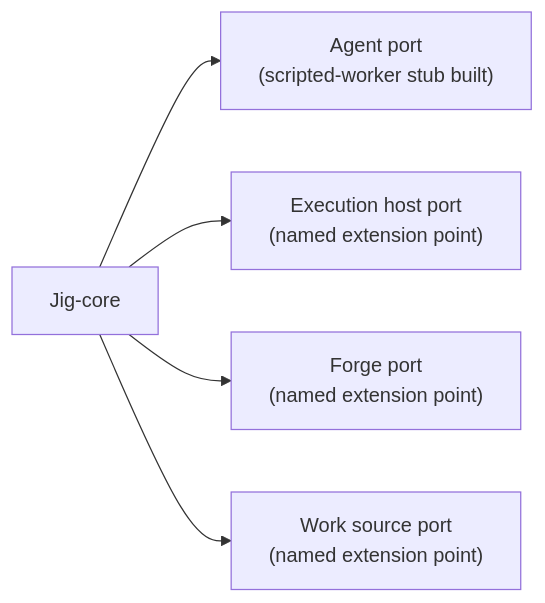
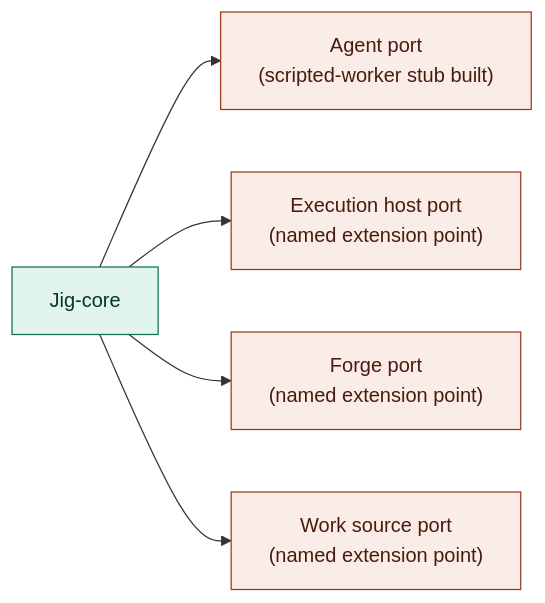
One commit to agentic-workflow-kit/jig changed the diagram in docs/design/contracts/providers.md. Above: the diagram before and after it, drawn with Mermaid. The commit also changed 8 other files, not shown here.

First line of the commit message:
docs: style design-layer diagrams by category

````diff
--- a/docs/design/contracts/providers.md
+++ b/docs/design/contracts/providers.md
@@ -35,13 +35,18 @@
 ```mermaid
 flowchart LR
     Core["Jig-core"]
     Agent["Agent port<br/>(scripted-worker stub built)"]
     Host["Execution host port<br/>(named extension point)"]
     Forge["Forge port<br/>(named extension point)"]
     Source["Work source port<br/>(named extension point)"]
 
     Core --> Agent
     Core --> Host
     Core --> Forge
     Core --> Source
+
+    classDef core fill:#E1F5EE,stroke:#0F6E56,color:#04342C;
+    classDef seam fill:#FAECE7,stroke:#993C1D,color:#4A1B0C;
+    class Core core;
+    class Agent,Host,Forge,Source seam;
 ```
````
